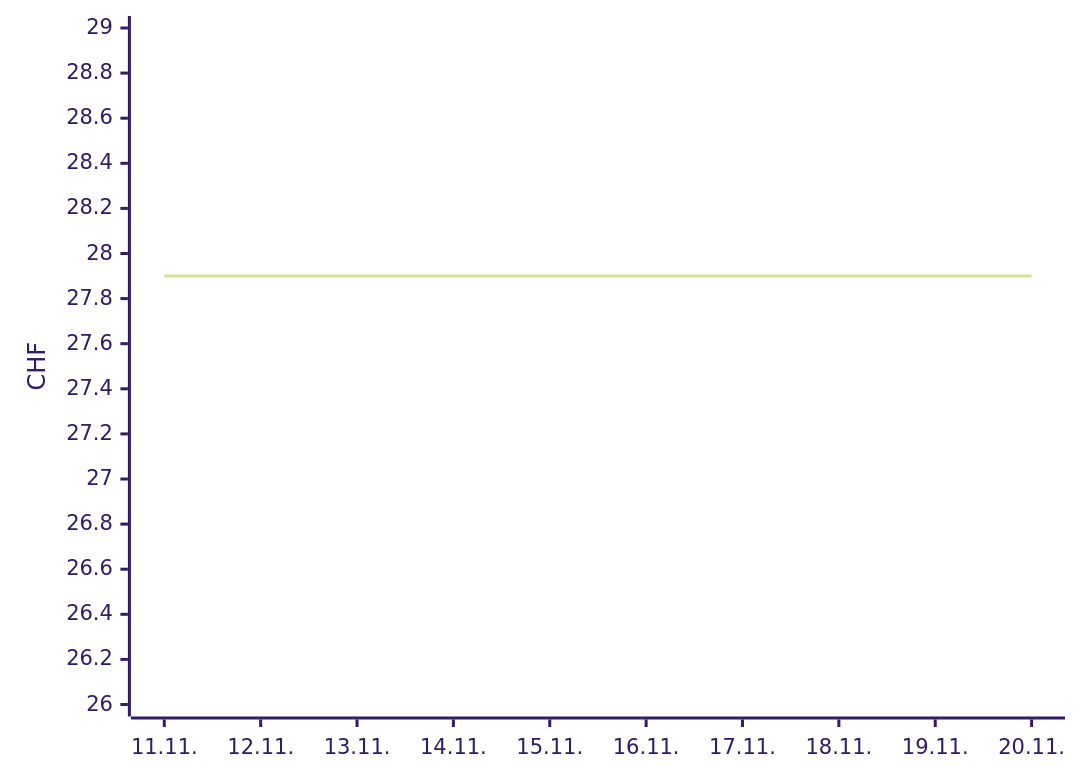
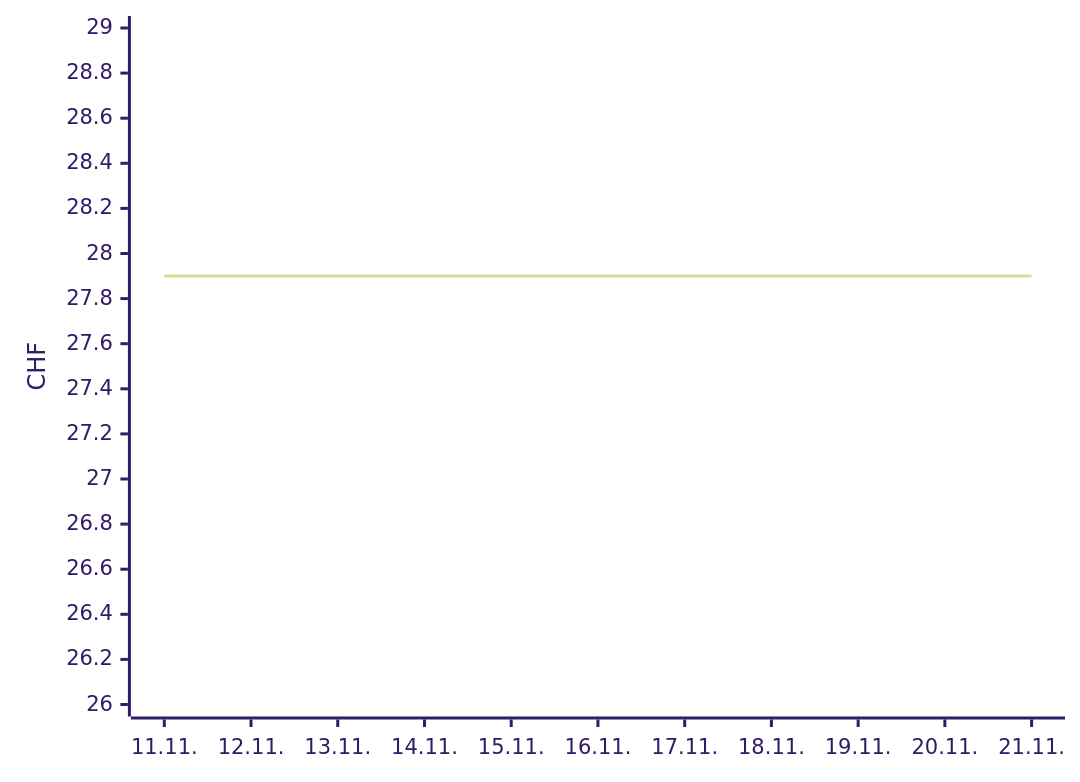
The first of 2 diagrams in README.md (Akira2828/my-Galaxus-MCP), drawn with Mermaid (forest theme) before and after one commit. The commit also changed other lines of this file and 1 other file, not shown here.

````diff
--- a/README.md
+++ b/README.md
@@ -16,6 +16,6 @@
 ```mermaid
 xychart-beta
-  x-axis ["11.11.", "12.11.", "13.11.", "14.11.", "15.11.", "16.11.", "17.11.", "18.11.", "19.11.", "20.11."]
+  x-axis ["11.11.", "12.11.", "13.11.", "14.11.", "15.11.", "16.11.", "17.11.", "18.11.", "19.11.", "20.11.", "21.11."]
   y-axis "CHF" 26 --> 29
-  line [27.9, 27.9, 27.9, 27.9, 27.9, 27.9, 27.9, 27.9, 27.9, 27.9]
+  line [27.9, 27.9, 27.9, 27.9, 27.9, 27.9, 27.9, 27.9, 27.9, 27.9, 27.9]
 ```
````
